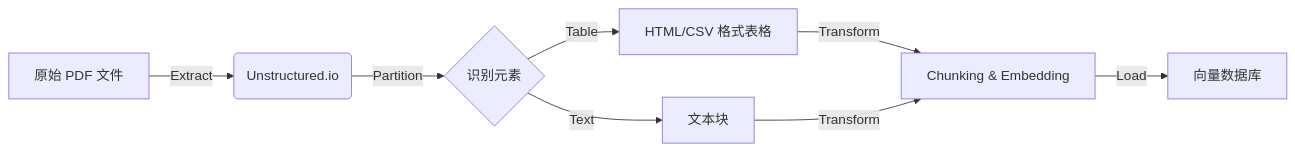
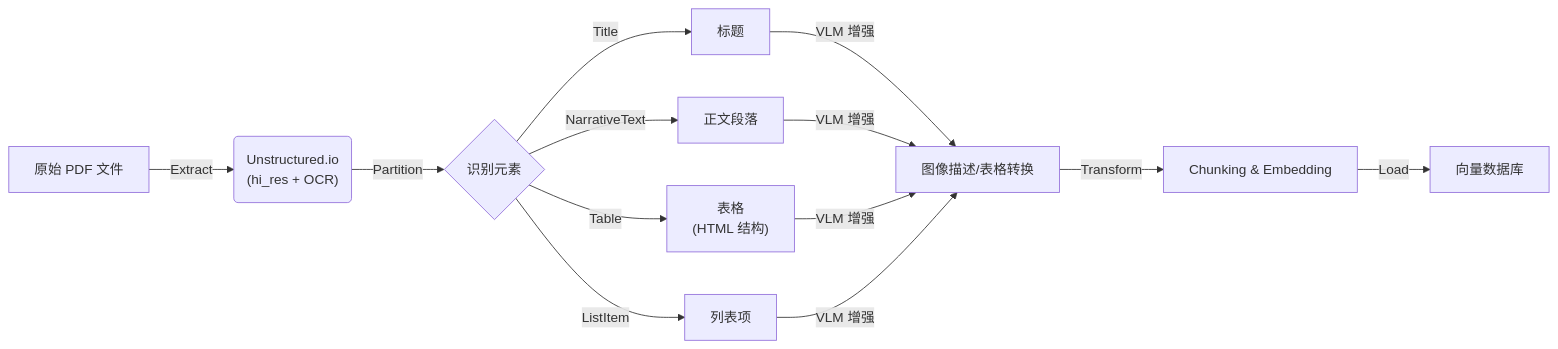
Before and after one commit to hanwei808/ai-product-production-guide: the second of 2 diagrams in unstructured-etl-guide.md, drawn with Mermaid. The commit also changed other lines of this file and 7 other files, not shown here.

````diff
--- a/unstructured-etl-guide.md
+++ b/unstructured-etl-guide.md
@@ -74,9 +85,12 @@
 ```mermaid
 graph LR
-    A[原始 PDF 文件] -->|Extract| B(Unstructured.io)
+    A[原始 PDF 文件] -->|Extract| B("Unstructured.io<br/>(hi_res + OCR)")
     B -->|Partition| C{识别元素}
-    C -->|Table| D[HTML/CSV 格式表格]
-    C -->|Text| E[文本块]
-    D & E -->|Transform| F[Chunking & Embedding]
+    C -->|Title| D1[标题]
+    C -->|NarrativeText| D2[正文段落]
+    C -->|Table| D3["表格<br/>(HTML 结构)"]
+    C -->|ListItem| D4[列表项]
+    D1 & D2 & D3 & D4 -->|VLM 增强| E[图像描述/表格转换]
+    E -->|Transform| F[Chunking & Embedding]
     F -->|Load| G[向量数据库]
 ```
````
